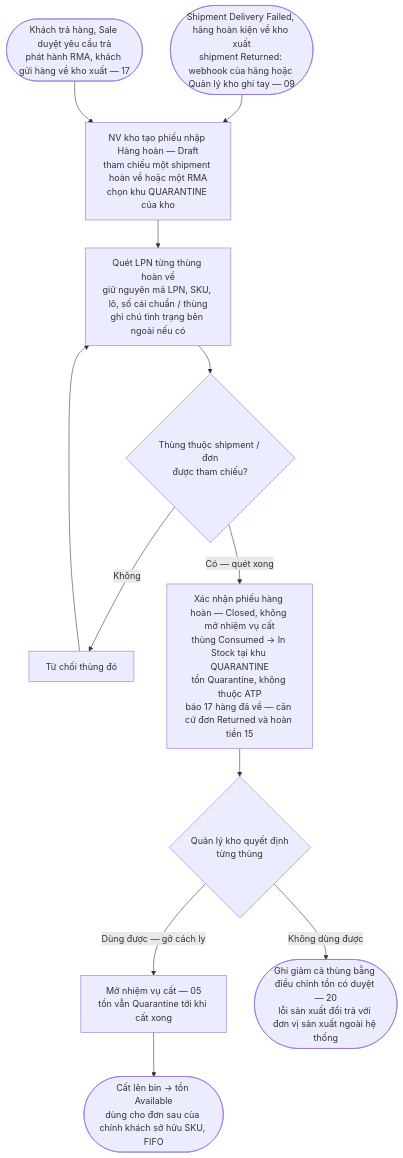
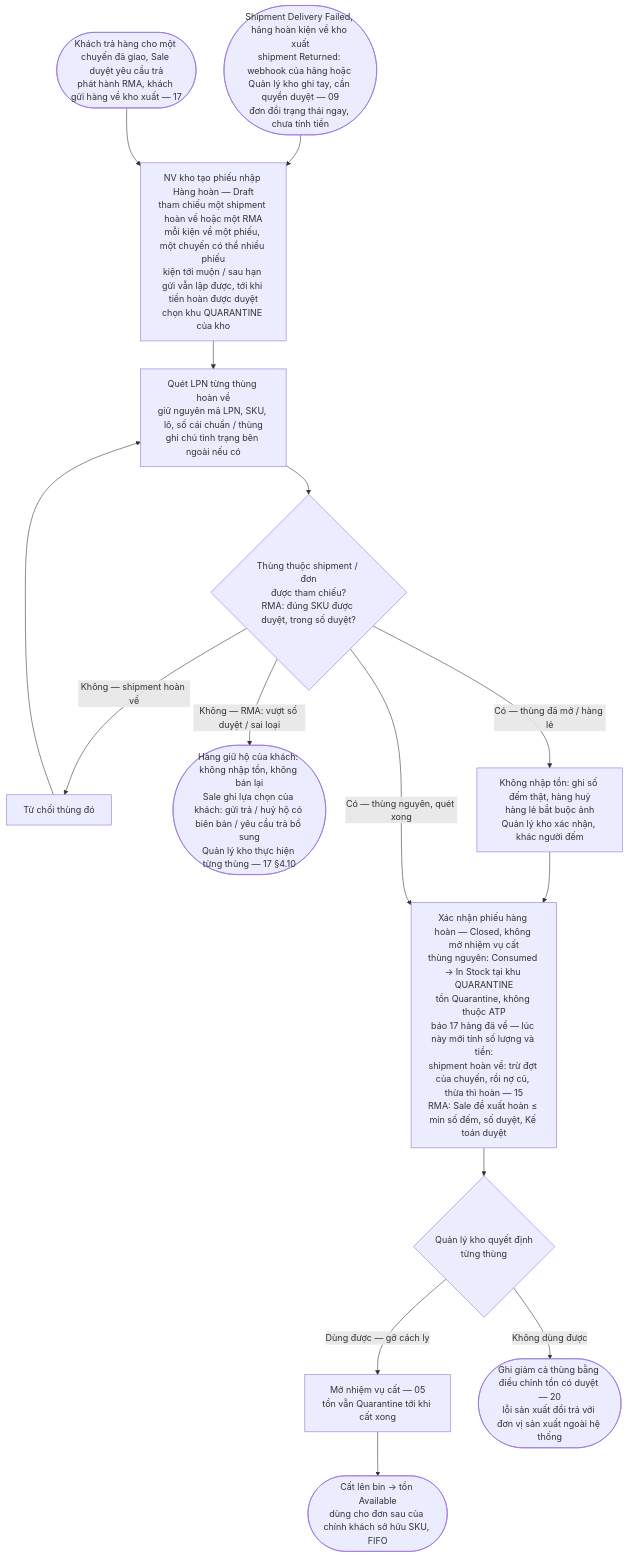
Before and after one commit to KLTN-FA26/docs: the third of 18 diagrams in docs/diagrams/README.md, drawn with Mermaid. The commit also changed other lines of this file and 13 other files, not shown here.

````diff
--- a/docs/diagrams/README.md
+++ b/docs/diagrams/README.md
@@ -196,14 +196,17 @@
 ```mermaid
 flowchart TD
-    RTO(["Shipment Delivery Failed, hãng hoàn kiện về kho xuất<br/>shipment Returned: webhook của hãng hoặc Quản lý kho ghi tay — 09"]) --> RT_CREATE
-    RMA(["Khách trả hàng, Sale duyệt yêu cầu trả<br/>phát hành RMA, khách gửi hàng về kho xuất — 17"]) --> RT_CREATE
-    RT_CREATE["NV kho tạo phiếu nhập Hàng hoàn — Draft<br/>tham chiếu một shipment hoàn về hoặc một RMA<br/>chọn khu QUARANTINE của kho"] --> RT_SCAN["Quét LPN từng thùng hoàn về<br/>giữ nguyên mã LPN, SKU, lô, số cái chuẩn / thùng<br/>ghi chú tình trạng bên ngoài nếu có"]
-    RT_SCAN --> RT_BELONG{"Thùng thuộc shipment / đơn<br/>được tham chiếu?"}
-    RT_BELONG -->|Không| RT_REJ["Từ chối thùng đó"]
+    RTO(["Shipment Delivery Failed, hãng hoàn kiện về kho xuất<br/>shipment Returned: webhook của hãng hoặc Quản lý kho ghi tay, cần quyền duyệt — 09<br/>đơn đổi trạng thái ngay, chưa tính tiền"]) --> RT_CREATE
+    RMA(["Khách trả hàng cho một chuyến đã giao, Sale duyệt yêu cầu trả<br/>phát hành RMA, khách gửi hàng về kho xuất — 17"]) --> RT_CREATE
+    RT_CREATE["NV kho tạo phiếu nhập Hàng hoàn — Draft<br/>tham chiếu một shipment hoàn về hoặc một RMA<br/>mỗi kiện về một phiếu, một chuyến có thể nhiều phiếu<br/>kiện tới muộn / sau hạn gửi vẫn lập được, tới khi tiền hoàn được duyệt<br/>chọn khu QUARANTINE của kho"] --> RT_SCAN["Quét LPN từng thùng hoàn về<br/>giữ nguyên mã LPN, SKU, lô, số cái chuẩn / thùng<br/>ghi chú tình trạng bên ngoài nếu có"]
+    RT_SCAN --> RT_BELONG{"Thùng thuộc shipment / đơn<br/>được tham chiếu?<br/>RMA: đúng SKU được duyệt, trong số duyệt?"}
+    RT_BELONG -->|"Không — shipment hoàn về"| RT_REJ["Từ chối thùng đó"]
     RT_REJ --> RT_SCAN
-    RT_BELONG -->|"Có — quét xong"| RT_CONFIRM["Xác nhận phiếu hàng hoàn — Closed, không mở nhiệm vụ cất<br/>thùng Consumed → In Stock tại khu QUARANTINE<br/>tồn Quarantine, không thuộc ATP<br/>báo 17 hàng đã về — căn cứ đơn Returned và hoàn tiền 15"]
+    RT_BELONG -->|"Không — RMA: vượt số duyệt / sai loại"| RT_CUSTODY(["Hàng giữ hộ của khách: không nhập tồn, không bán lại<br/>Sale ghi lựa chọn của khách: gửi trả / huỷ hộ có biên bản / yêu cầu trả bổ sung<br/>Quản lý kho thực hiện từng thùng — 17 §4.10"])
+    RT_BELONG -->|"Có — thùng đã mở / hàng lẻ"| RT_OPEN["Không nhập tồn: ghi số đếm thật, hàng huỷ<br/>hàng lẻ bắt buộc ảnh<br/>Quản lý kho xác nhận, khác người đếm"]
+    RT_OPEN --> RT_CONFIRM
+    RT_BELONG -->|"Có — thùng nguyên, quét xong"| RT_CONFIRM["Xác nhận phiếu hàng hoàn — Closed, không mở nhiệm vụ cất<br/>thùng nguyên: Consumed → In Stock tại khu QUARANTINE<br/>tồn Quarantine, không thuộc ATP<br/>báo 17 hàng đã về — lúc này mới tính số lượng và tiền:<br/>shipment hoàn về: trừ đợt của chuyến, rồi nợ cũ, thừa thì hoàn — 15<br/>RMA: Sale đề xuất hoàn ≤ min số đếm, số duyệt, Kế toán duyệt"]
     RT_CONFIRM --> RT_DECIDE{"Quản lý kho quyết định<br/>từng thùng"}
     RT_DECIDE -->|"Dùng được — gỡ cách ly"| RT_PA["Mở nhiệm vụ cất — 05<br/>tồn vẫn Quarantine tới khi cất xong"]
     RT_PA --> RT_AVAIL(["Cất lên bin → tồn Available<br/>dùng cho đơn sau của chính khách sở hữu SKU, FIFO"])
     RT_DECIDE -->|"Không dùng được"| RT_WO(["Ghi giảm cả thùng bằng điều chỉnh tồn có duyệt — 20<br/>lỗi sản xuất đổi trả với đơn vị sản xuất ngoài hệ thống"])
 ```
````
